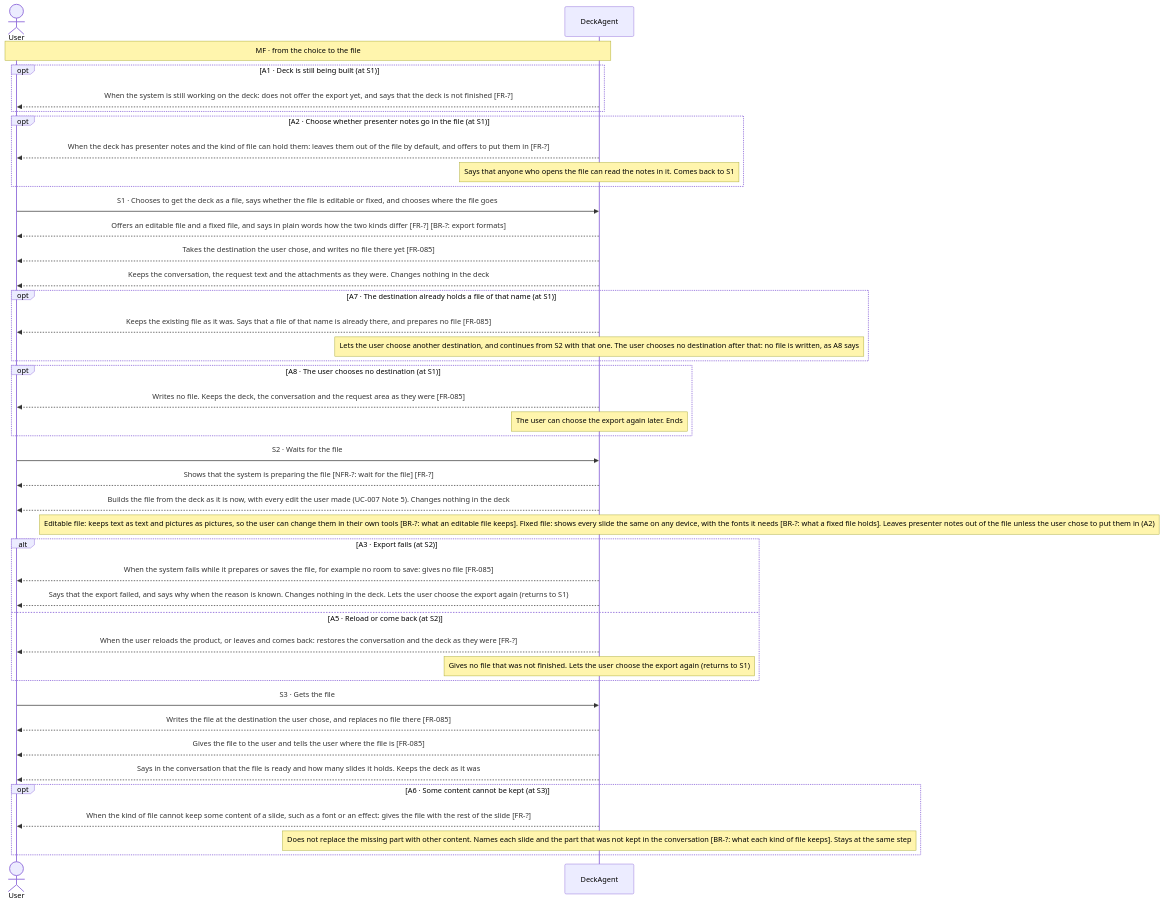
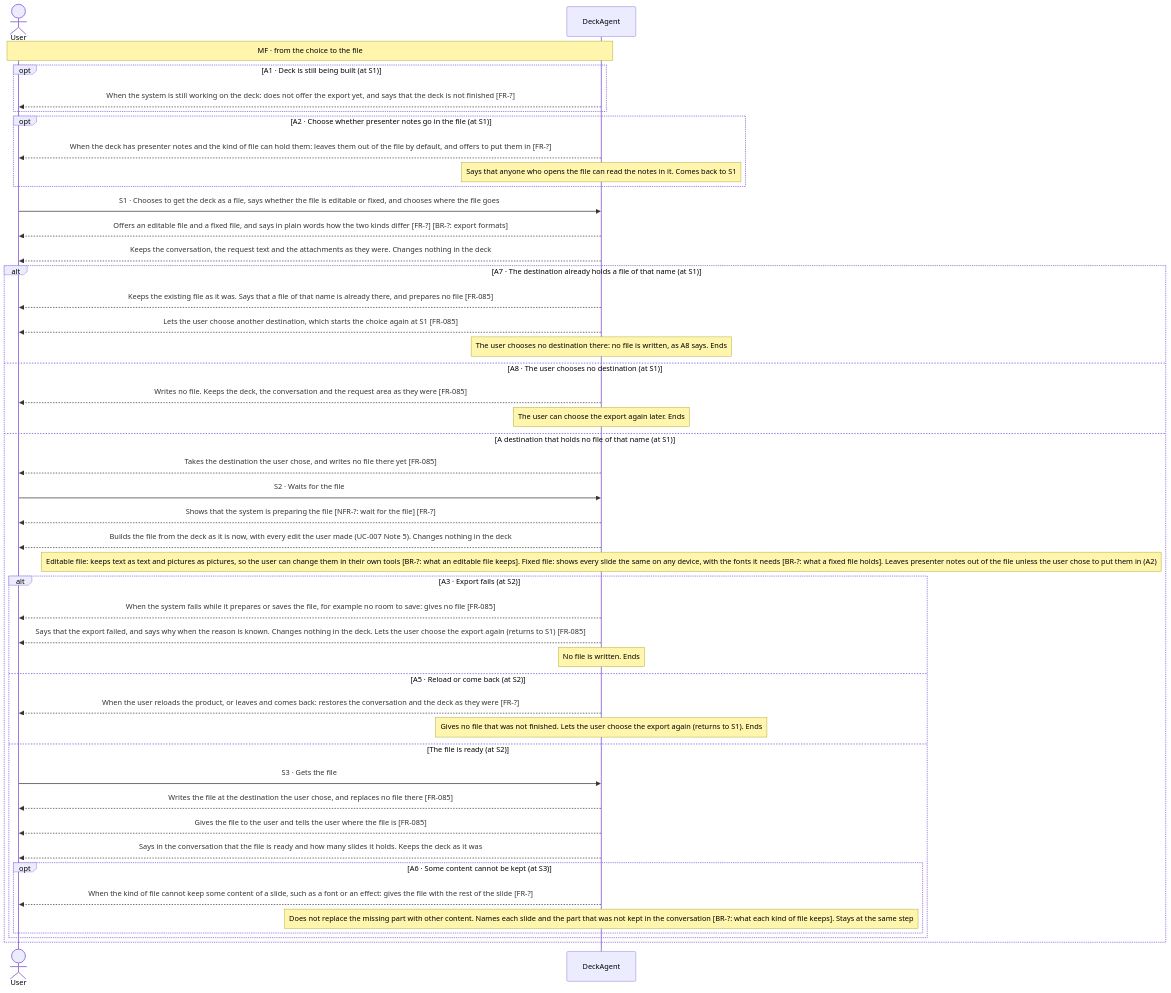
One commit to Luke23127006/DeckAgent changed the diagram in docs/spec/03-use-cases/UC-004.md. Above: the diagram before and after it, drawn with Mermaid. The commit also changed 5 other files, not shown here.

First line of the commit message:
docs(spec): keep references across removal and end export branches at their outcome

````diff
--- a/docs/spec/03-use-cases/UC-004.md
+++ b/docs/spec/03-use-cases/UC-004.md
@@ -40,44 +40,47 @@
 ```mermaid
 sequenceDiagram
     actor User
     participant DeckAgent
     Note over User,DeckAgent: MF · from the choice to the file
     opt A1 · Deck is still being built (at S1)
         DeckAgent-->>User: When the system is still working on the deck: does not offer the export yet, and says that the deck is not finished [FR-?]
     end
     opt A2 · Choose whether presenter notes go in the file (at S1)
         DeckAgent-->>User: When the deck has presenter notes and the kind of file can hold them: leaves them out of the file by default, and offers to put them in [FR-?]
         note over DeckAgent: Says that anyone who opens the file can read the notes in it. Comes back to S1
     end
     User->>DeckAgent: S1 · Chooses to get the deck as a file, says whether the file is editable or fixed, and chooses where the file goes
     DeckAgent-->>User: Offers an editable file and a fixed file, and says in plain words how the two kinds differ [FR-?] [BR-?: export formats]
-    DeckAgent-->>User: Takes the destination the user chose, and writes no file there yet [FR-085]
     DeckAgent-->>User: Keeps the conversation, the request text and the attachments as they were. Changes nothing in the deck
-    opt A7 · The destination already holds a file of that name (at S1)
+    alt A7 · The destination already holds a file of that name (at S1)
         DeckAgent-->>User: Keeps the existing file as it was. Says that a file of that name is already there, and prepares no file [FR-085]
-        note over DeckAgent: Lets the user choose another destination, and continues from S2 with that one. The user chooses no destination after that: no file is written, as A8 says
-    end
-    opt A8 · The user chooses no destination (at S1)
+        DeckAgent-->>User: Lets the user choose another destination, which starts the choice again at S1 [FR-085]
+        note over DeckAgent: The user chooses no destination there: no file is written, as A8 says. Ends
+    else A8 · The user chooses no destination (at S1)
         DeckAgent-->>User: Writes no file. Keeps the deck, the conversation and the request area as they were [FR-085]
         note over DeckAgent: The user can choose the export again later. Ends
-    end
-    User->>DeckAgent: S2 · Waits for the file
-    DeckAgent-->>User: Shows that the system is preparing the file [NFR-?: wait for the file] [FR-?]
-    DeckAgent-->>User: Builds the file from the deck as it is now, with every edit the user made (UC-007 Note 5). Changes nothing in the deck
-    note over DeckAgent: Editable file: keeps text as text and pictures as pictures, so the user can change them in their own tools [BR-?: what an editable file keeps]. Fixed file: shows every slide the same on any device, with the fonts it needs [BR-?: what a fixed file holds]. Leaves presenter notes out of the file unless the user chose to put them in (A2)
-    alt A3 · Export fails (at S2)
-        DeckAgent-->>User: When the system fails while it prepares or saves the file, for example no room to save: gives no file [FR-085]
-        DeckAgent-->>User: Says that the export failed, and says why when the reason is known. Changes nothing in the deck. Lets the user choose the export again (returns to S1)
-    else A5 · Reload or come back (at S2)
-        DeckAgent-->>User: When the user reloads the product, or leaves and comes back: restores the conversation and the deck as they were [FR-?]
-        note over DeckAgent: Gives no file that was not finished. Lets the user choose the export again (returns to S1)
-    end
-    User->>DeckAgent: S3 · Gets the file
-    DeckAgent-->>User: Writes the file at the destination the user chose, and replaces no file there [FR-085]
-    DeckAgent-->>User: Gives the file to the user and tells the user where the file is [FR-085]
-    DeckAgent-->>User: Says in the conversation that the file is ready and how many slides it holds. Keeps the deck as it was
-    opt A6 · Some content cannot be kept (at S3)
-        DeckAgent-->>User: When the kind of file cannot keep some content of a slide, such as a font or an effect: gives the file with the rest of the slide [FR-?]
-        note over DeckAgent: Does not replace the missing part with other content. Names each slide and the part that was not kept in the conversation [BR-?: what each kind of file keeps]. Stays at the same step
+    else A destination that holds no file of that name (at S1)
+        DeckAgent-->>User: Takes the destination the user chose, and writes no file there yet [FR-085]
+        User->>DeckAgent: S2 · Waits for the file
+        DeckAgent-->>User: Shows that the system is preparing the file [NFR-?: wait for the file] [FR-?]
+        DeckAgent-->>User: Builds the file from the deck as it is now, with every edit the user made (UC-007 Note 5). Changes nothing in the deck
+        note over DeckAgent: Editable file: keeps text as text and pictures as pictures, so the user can change them in their own tools [BR-?: what an editable file keeps]. Fixed file: shows every slide the same on any device, with the fonts it needs [BR-?: what a fixed file holds]. Leaves presenter notes out of the file unless the user chose to put them in (A2)
+        alt A3 · Export fails (at S2)
+            DeckAgent-->>User: When the system fails while it prepares or saves the file, for example no room to save: gives no file [FR-085]
+            DeckAgent-->>User: Says that the export failed, and says why when the reason is known. Changes nothing in the deck. Lets the user choose the export again (returns to S1) [FR-085]
+            note over DeckAgent: No file is written. Ends
+        else A5 · Reload or come back (at S2)
+            DeckAgent-->>User: When the user reloads the product, or leaves and comes back: restores the conversation and the deck as they were [FR-?]
+            note over DeckAgent: Gives no file that was not finished. Lets the user choose the export again (returns to S1). Ends
+        else The file is ready (at S2)
+            User->>DeckAgent: S3 · Gets the file
+            DeckAgent-->>User: Writes the file at the destination the user chose, and replaces no file there [FR-085]
+            DeckAgent-->>User: Gives the file to the user and tells the user where the file is [FR-085]
+            DeckAgent-->>User: Says in the conversation that the file is ready and how many slides it holds. Keeps the deck as it was
+            opt A6 · Some content cannot be kept (at S3)
+                DeckAgent-->>User: When the kind of file cannot keep some content of a slide, such as a font or an effect: gives the file with the rest of the slide [FR-?]
+                note over DeckAgent: Does not replace the missing part with other content. Names each slide and the part that was not kept in the conversation [BR-?: what each kind of file keeps]. Stays at the same step
+            end
+        end
     end
 ```
````
